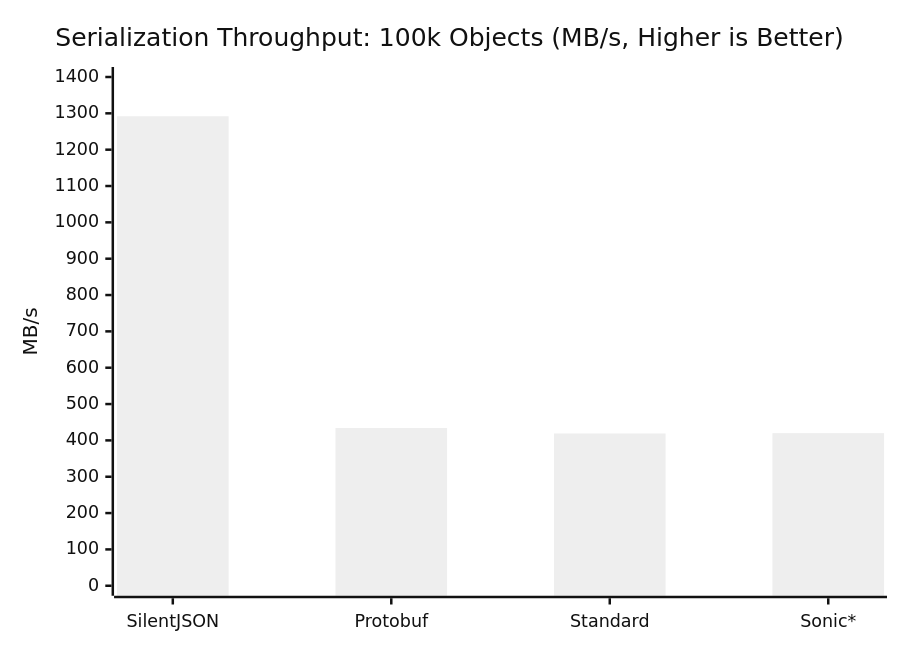
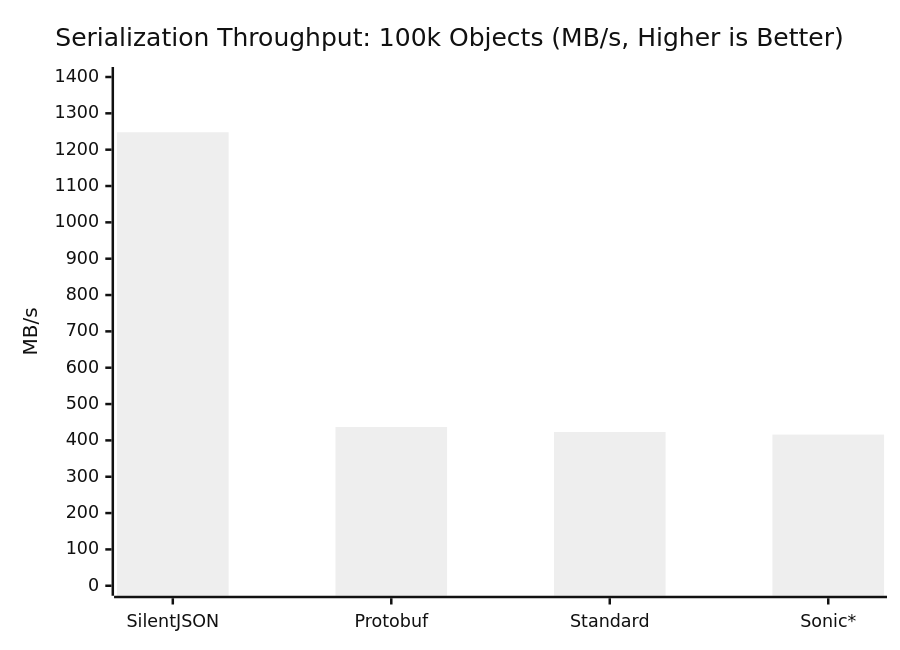
Before and after one commit to GenshIv/silentjson: the fourth of 5 diagrams in README.md, drawn with Mermaid (neutral theme). The commit also changed other lines of this file and 7 other files, not shown here.

````diff
--- a/README.md
+++ b/README.md
@@ -215,7 +215,7 @@
 ```mermaid
 xychart-beta
     title "Serialization Throughput: 100k Objects (MB/s, Higher is Better)"
     x-axis ["SilentJSON", "Protobuf", "Standard", "Sonic*"]
     y-axis "MB/s" 0 --> 1400
-    bar [1292, 434, 419, 420]
+    bar [1248, 437, 423, 416]
 ```
````
